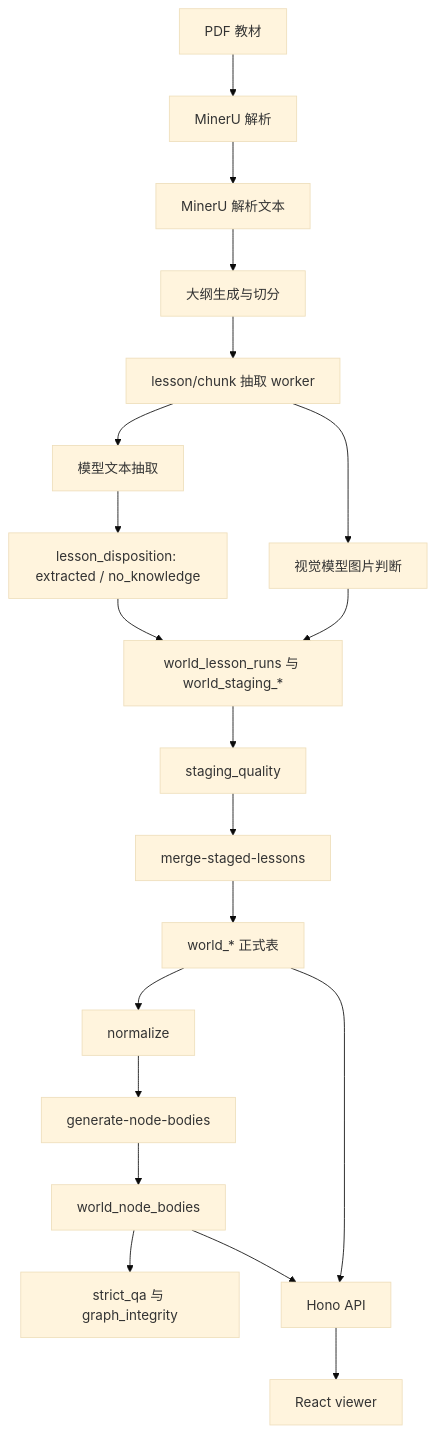
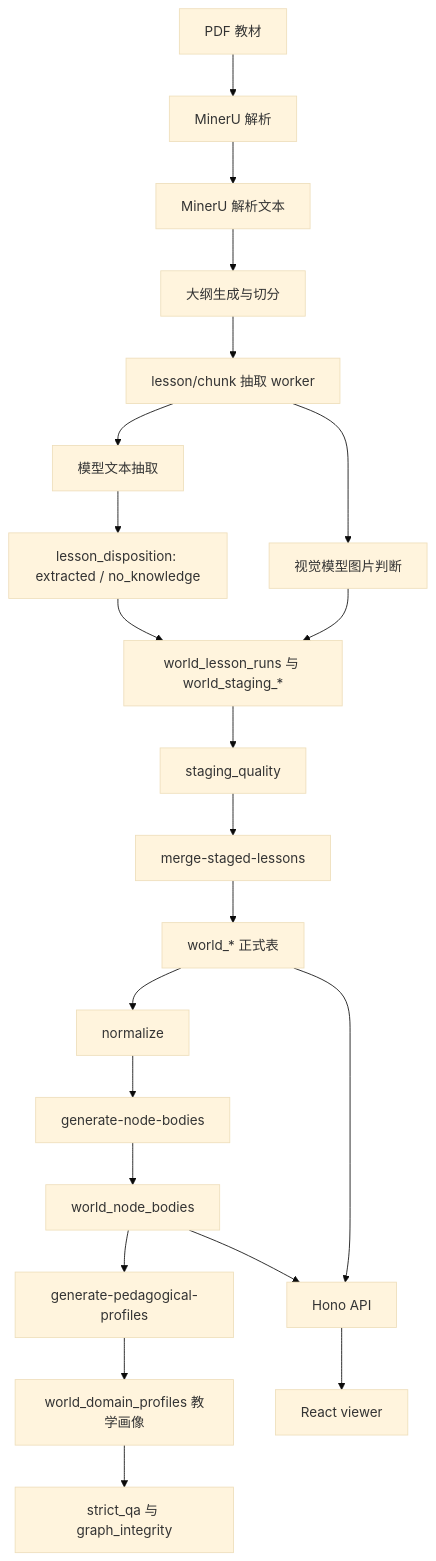
One commit to Titan-Frank/InnoKnowledge changed the diagram in docs/current-system-architecture.md. Above: the diagram before and after it, drawn with Mermaid (base theme). The commit also changed other lines of this file and 24 other files, not shown here.

Commit message:
Generate pedagogical profiles by school stage

````diff
--- a/docs/current-system-architecture.md
+++ b/docs/current-system-architecture.md
@@ -22,22 +22,24 @@
 ```mermaid
 flowchart TD
   A["PDF 教材"] --> B["MinerU 解析"]
   B --> C
   C["MinerU 解析文本"] --> D["大纲生成与切分"]
   D --> E["lesson/chunk 抽取 worker"]
   E --> F["模型文本抽取"]
   E --> G["视觉模型图片判断"]
   F --> R["lesson_disposition: extracted / no_knowledge"]
   R --> H["world_lesson_runs 与 world_staging_*"]
   G --> H
   H --> I["staging_quality"]
   I --> J["merge-staged-lessons"]
   J --> K["world_* 正式表"]
   K --> L["normalize"]
   L --> N["generate-node-bodies"]
   N --> O["world_node_bodies"]
-  O --> M["strict_qa 与 graph_integrity"]
+  O --> S["generate-pedagogical-profiles"]
+  S --> T["world_domain_profiles 教学画像"]
+  T --> M["strict_qa 与 graph_integrity"]
   K --> P["Hono API"]
   O --> P
   P --> Q["React viewer"]
 ```
````
